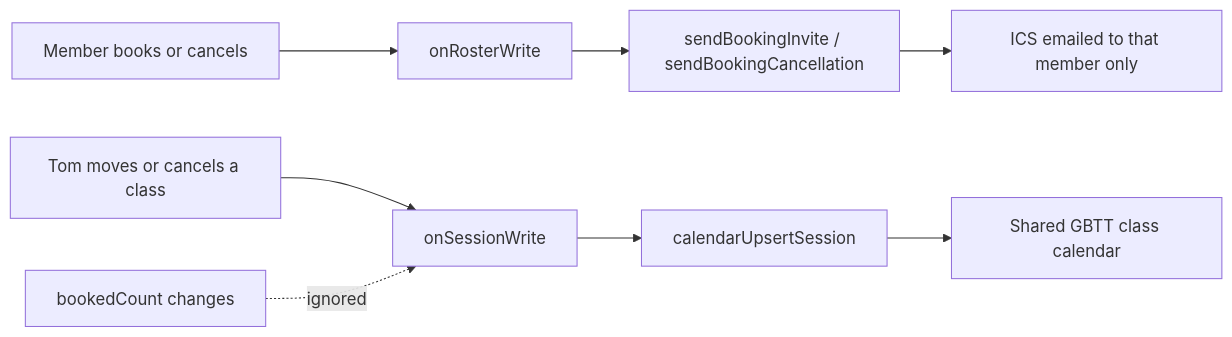
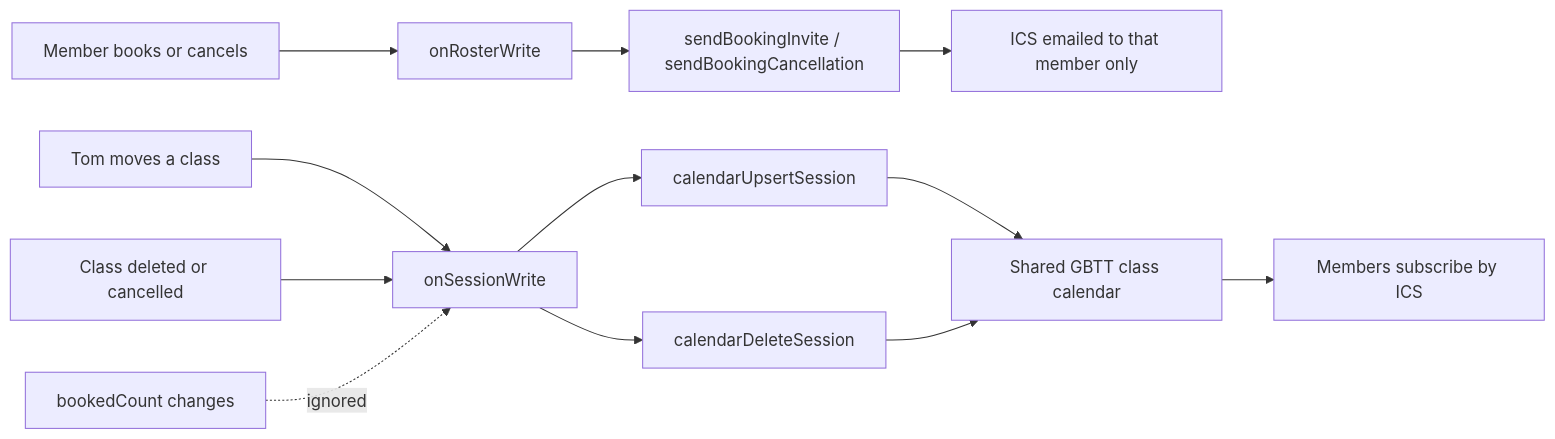
One commit to TGBTT/GBTT changed the diagram in docs/integrations.md. Above: the diagram before and after it, drawn with Mermaid. The commit also changed other lines of this file and 17 other files, not shown here.

Commit message:
Let people leave the apps for the public site, keep cancelled classes off subscribed calendars, and archive members who have stopped coming.

````diff
--- a/docs/integrations.md
+++ b/docs/integrations.md
@@ -24,12 +24,18 @@
 ```mermaid
 flowchart LR
   Booking["Member books or cancels"] --> Roster["onRosterWrite"]
   Roster --> Invite["sendBookingInvite / sendBookingCancellation"]
   Invite --> Inbox["ICS emailed to that member only"]
 
-  Edit["Tom moves or cancels a class"] --> Session["onSessionWrite"]
+  Edit["Tom moves a class"] --> Session["onSessionWrite"]
   Session --> Upsert["calendarUpsertSession"]
   Upsert --> Shared["Shared GBTT class calendar"]
 
+  Remove["Class deleted or cancelled"] --> Session
+  Session --> Del["calendarDeleteSession"]
+  Del --> Shared
+
+  Shared --> Sub["Members subscribe by ICS"]
+
   Count["bookedCount changes"] -.->|"ignored"| Session
 ```
````
